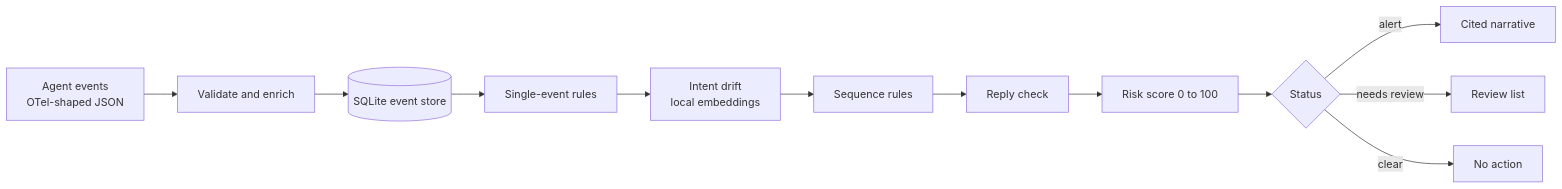
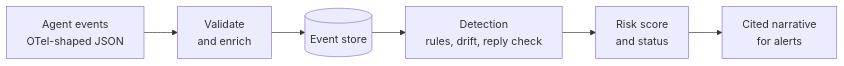
One commit to ranjitharaj12/AgentTrail changed the diagram in docs/SYSTEM_DESIGN.md. Above: the diagram before and after it, drawn with Mermaid. The commit also changed other lines of this file and 1 other file, not shown here.

````diff
--- a/docs/SYSTEM_DESIGN.md
+++ b/docs/SYSTEM_DESIGN.md
@@ -33,14 +33,8 @@
 ```mermaid
 flowchart LR
-  A[Agent events<br/>OTel-shaped JSON] --> B[Validate and enrich]
-  B --> C[(SQLite event store)]
-  C --> D[Single-event rules]
-  D --> E[Intent drift<br/>local embeddings]
-  E --> F[Sequence rules]
-  F --> G[Reply check]
-  G --> H[Risk score 0 to 100]
-  H --> I{Status}
-  I -->|alert| J[Cited narrative]
-  I -->|needs review| K[Review list]
-  I -->|clear| L[No action]
+  A[Agent events<br/>OTel-shaped JSON] --> B[Validate<br/>and enrich]
+  B --> C[(Event store)]
+  C --> D[Detection<br/>rules, drift, reply check]
+  D --> E[Risk score<br/>and status]
+  E --> F[Cited narrative<br/>for alerts]
 ```
````
